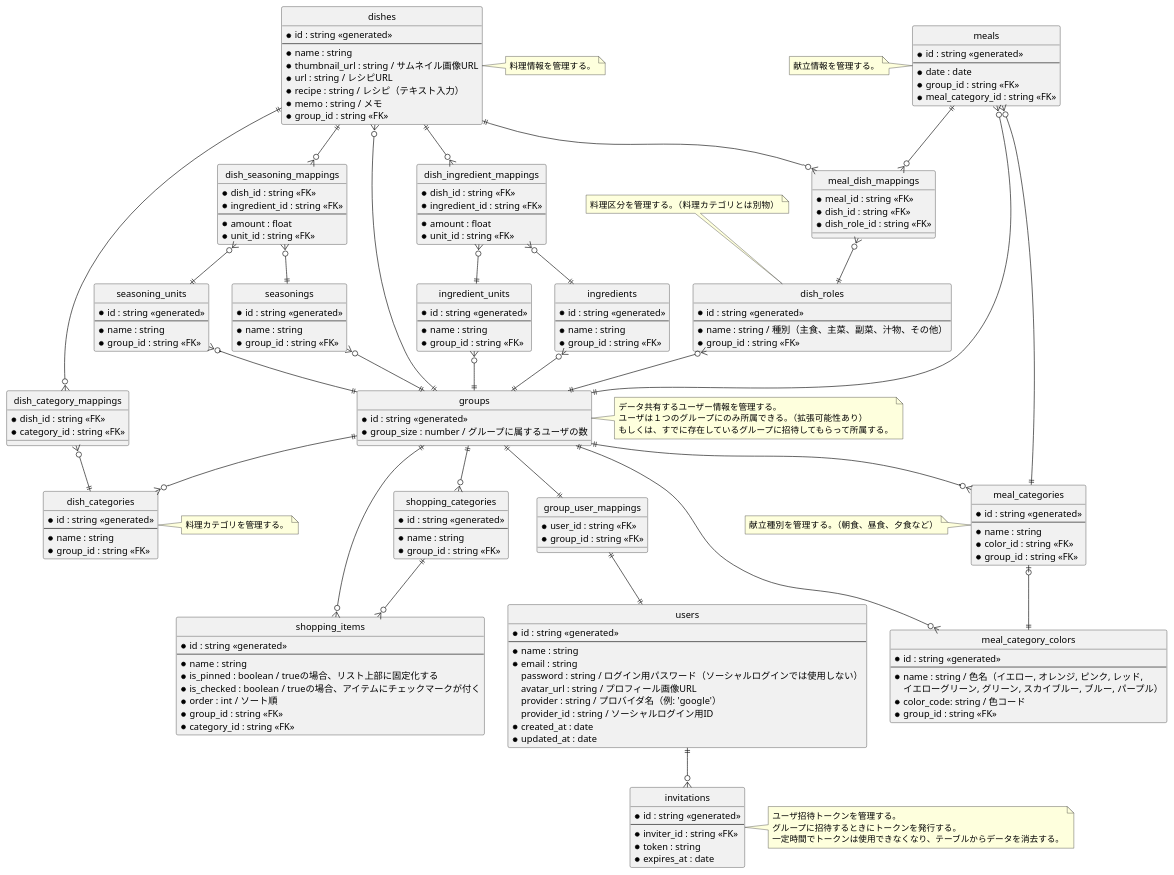
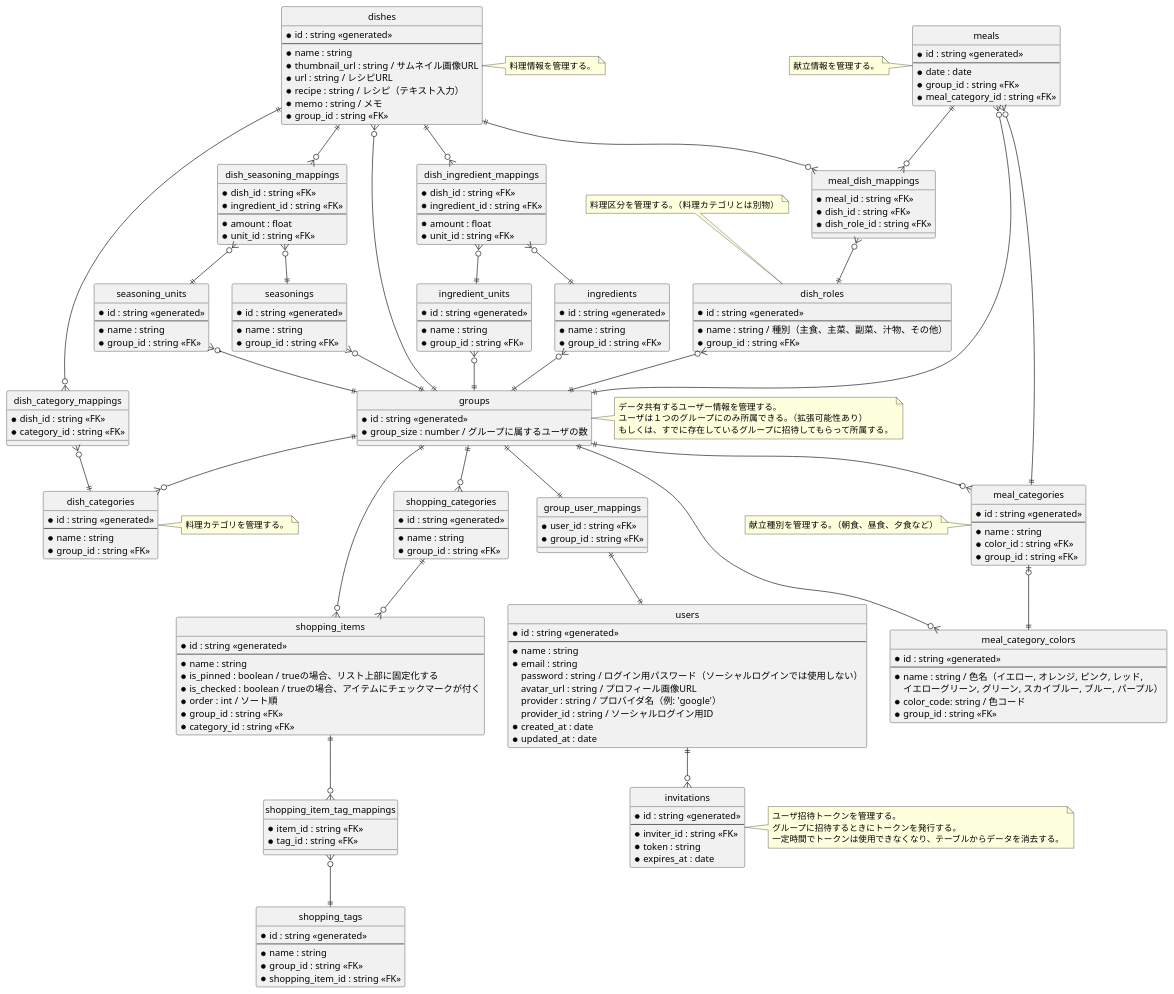
Before and after one commit to nanoha94/meap: the diagram in server/docs/er.puml, drawn with PlantUML. The commit also changed 8 other files, not shown here.

```diff
--- a/server/docs/er.puml
+++ b/server/docs/er.puml
@@ -130,11 +130,23 @@
     * group_id : string <<FK>>
 }
 
+entity shopping_tags {
+    * id : string <<generated>>
+    --
+    * name : string
+    * group_id : string <<FK>>
+    * shopping_item_id : string <<FK>>
+}
+
+entity shopping_item_tag_mappings {
+    * item_id : string <<FK>>
+    * tag_id : string <<FK>>
+}
+
 entity group_user_mappings {
     * user_id : string <<FK>>
     * group_id : string <<FK>>
 }
-
 
 entity users {
     * id : string <<generated>>
@@ -164,6 +176,8 @@
 groups ||--o{ shopping_items
 groups ||--o{ shopping_categories
 shopping_categories ||--o{ shopping_items
+shopping_items ||--o{ shopping_item_tag_mappings
+shopping_item_tag_mappings }o--|| shopping_tags
 
 groups ||--o{ meal_categories
 groups ||--o{ meal_category_colors
```
